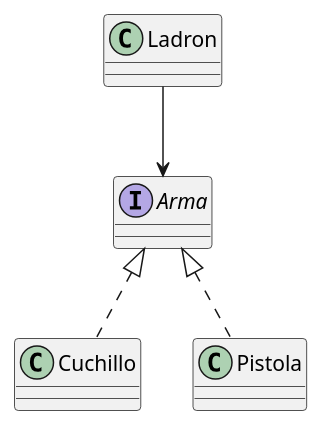
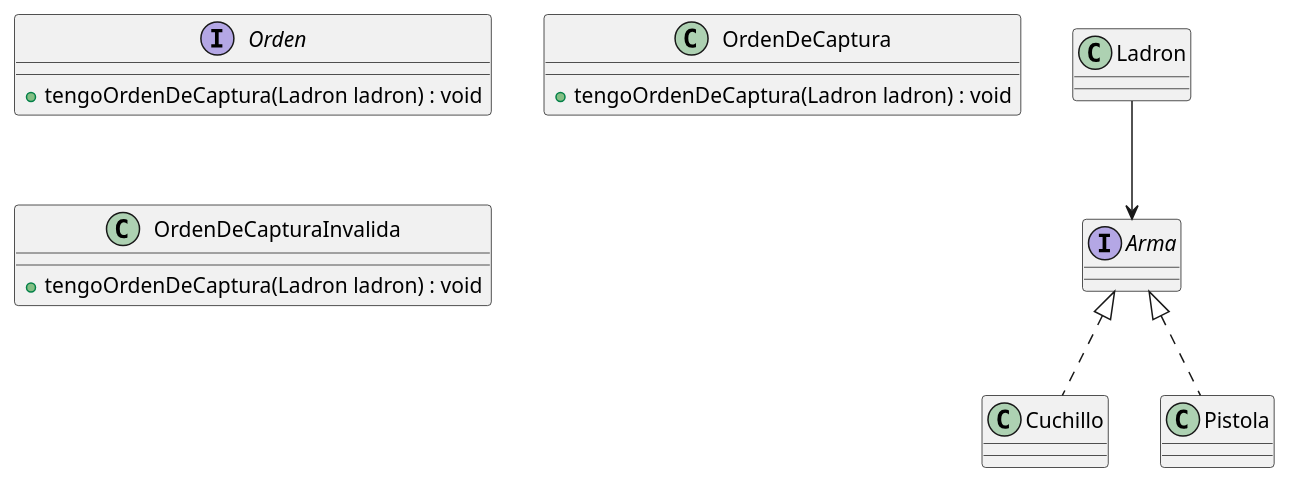
One commit to SeleneMartinez/Algo3_AlgoThief changed the diagram in diagrams/classes/dc_ladron.plantuml. Above: the diagram before and after it, drawn with PlantUML. The commit also changed 2 other files, not shown here.

Commit message:
Modified sequence diagram ds_PoliciaEntraPorPrimeraVezAUnEdificio. Modified class diagrams edifico, ladron

```diff
--- a/diagrams/classes/dc_ladron.plantuml
+++ b/diagrams/classes/dc_ladron.plantuml
@@ -1,20 +1,34 @@
 @startuml
 class Ladron
 {
+    
 }
 
 interface Arma
 {
 }
 
 class Cuchillo
 {
 }
 class Pistola
 {
 }
 
+interface Orden
+{
+    + tengoOrdenDeCaptura(Ladron ladron) : void
+}
+class OrdenDeCaptura
+{
+    + tengoOrdenDeCaptura(Ladron ladron) : void
+}
+class OrdenDeCapturaInvalida
+{
+    + tengoOrdenDeCaptura(Ladron ladron) : void
+}
+
 Ladron --> Arma
 Arma <|.. Cuchillo
 Arma <|.. Pistola
 @enduml
```
